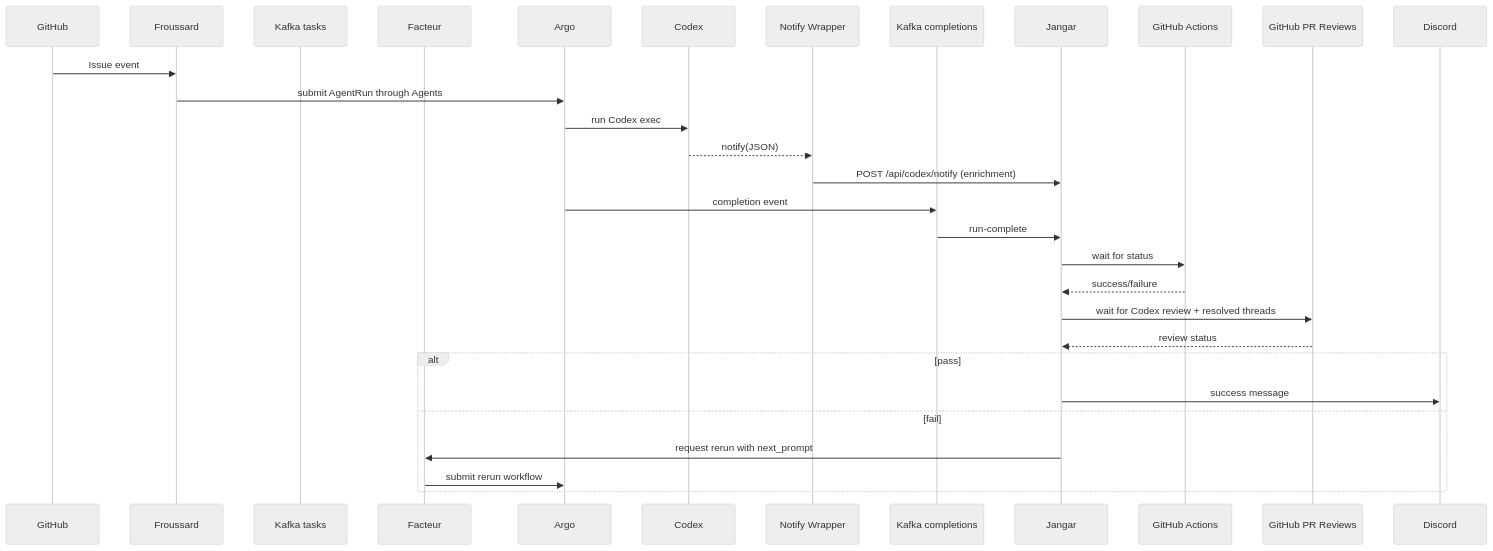
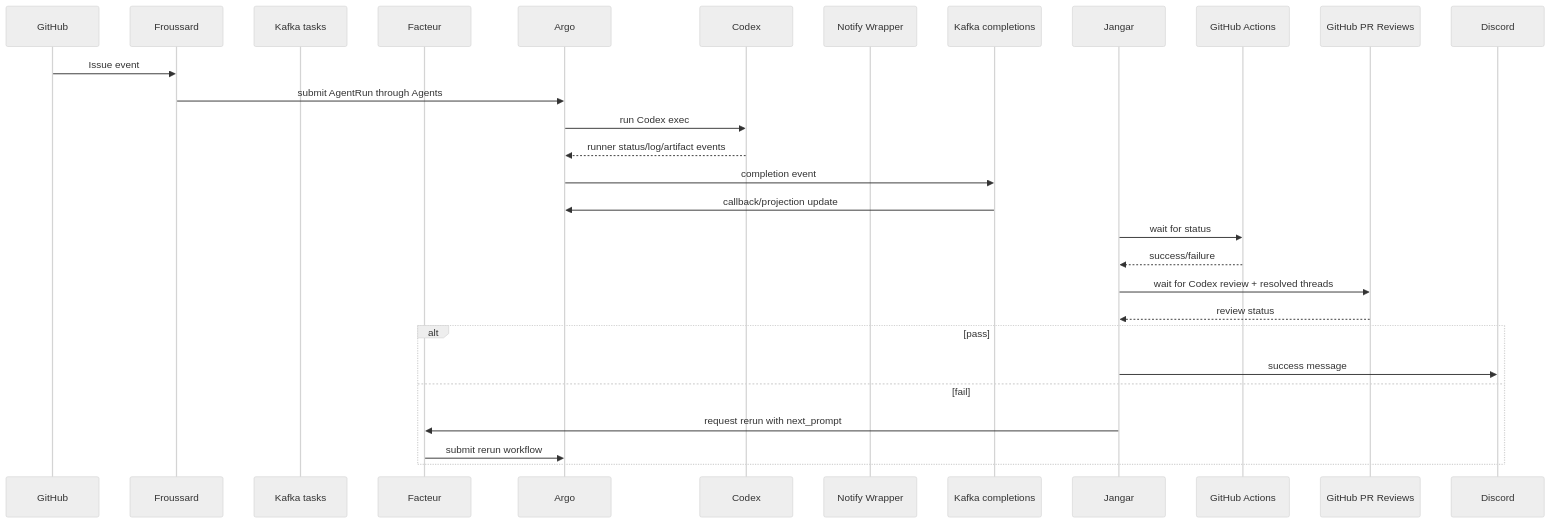
One commit to proompteng/lab changed the second of 3 diagrams in docs/jangar/codex-judge-argo-design.md. Above: the diagram before and after it, drawn with Mermaid (neutral theme). The commit also changed 26 other files, not shown here.

Commit message:
refactor(jangar): remove codex projection facade

````diff
--- a/docs/jangar/codex-judge-argo-design.md
+++ b/docs/jangar/codex-judge-argo-design.md
@@ -108,33 +108,32 @@
 ```mermaid
 sequenceDiagram
   participant GH as GitHub
   participant FR as Froussard
   participant KT as Kafka tasks
   participant F as Facteur
   participant A as Argo
   participant C as Codex
   participant W as Notify Wrapper
   participant KC as Kafka completions
   participant J as Jangar
   participant CI as GitHub Actions
   participant PR as GitHub PR Reviews
   participant D as Discord
 
   GH->>FR: Issue event
   FR->>A: submit AgentRun through Agents
   A->>C: run Codex exec
-  C-->>W: notify(JSON)
-  W->>J: POST /api/codex/notify (enrichment)
+  C-->>A: runner status/log/artifact events
   A->>KC: completion event
-  KC->>J: run-complete
+  KC->>A: callback/projection update
   J->>CI: wait for status
   CI-->>J: success/failure
   J->>PR: wait for Codex review + resolved threads
   PR-->>J: review status
   alt pass
     J->>D: success message
   else fail
     J->>F: request rerun with next_prompt
     F->>A: submit rerun workflow
   end
 ```
````
